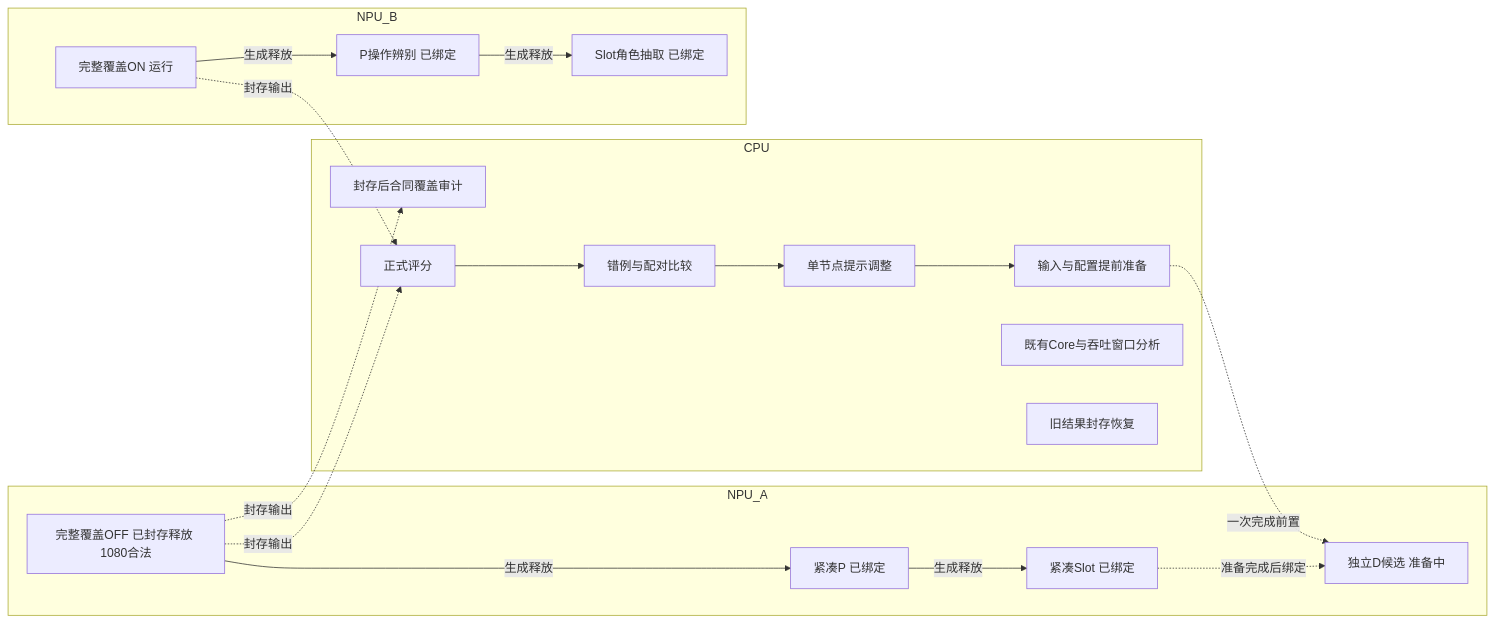
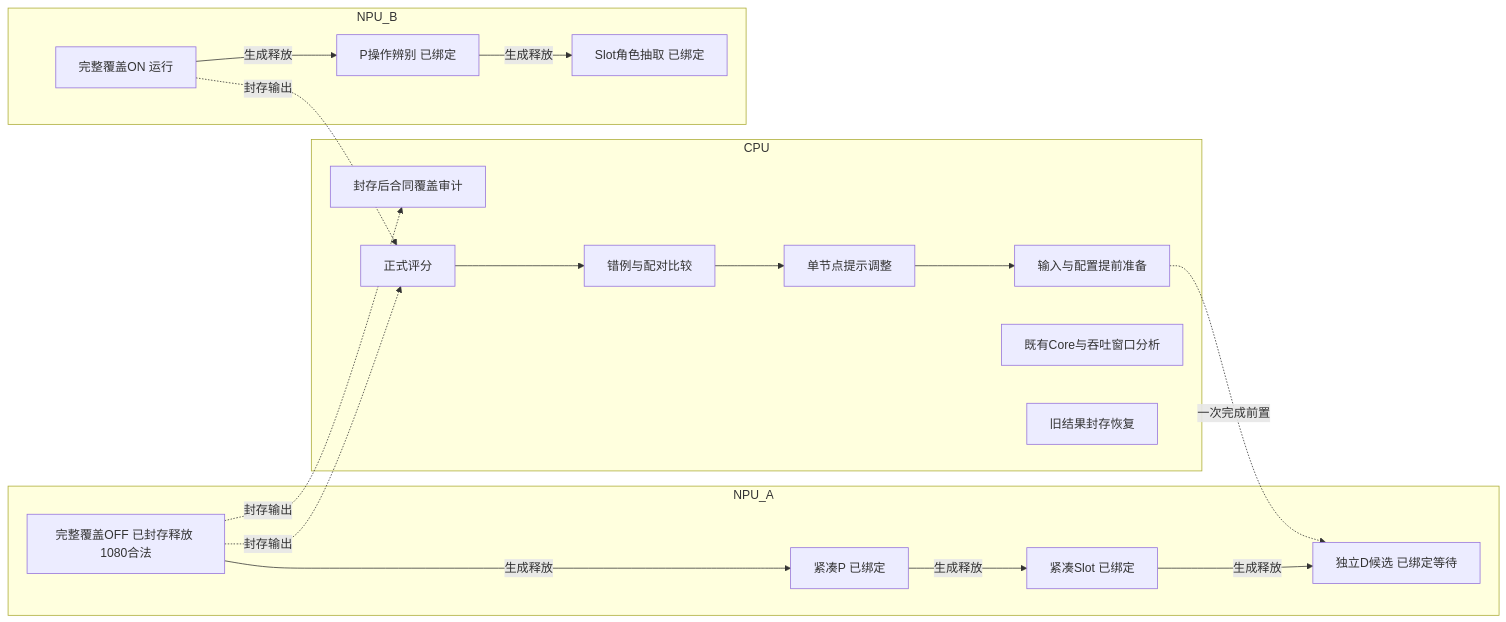
One commit to chaosxingxc-orion/omni changed the diagram in wiki/TFRL-Execution-DAG.md. Above: the diagram before and after it, drawn with Mermaid. The commit also changed other lines of this file and 2 other files, not shown here.

Commit message:
docs: arm isolated Decision successor and verify compact P inference

````diff
--- a/wiki/TFRL-Execution-DAG.md
+++ b/wiki/TFRL-Execution-DAG.md
@@ -39,24 +39,24 @@
 ```mermaid
 flowchart LR
   subgraph CPU
     Prep[输入与配置提前准备]
     Audit[封存后合同覆盖审计]
     Score[正式评分] --> Compare[错例与配对比较]
     Compare --> Tune[单节点提示调整] --> Prep
     Efficiency[既有Core与吞吐窗口分析]
     Recover[旧结果封存恢复]
   end
   subgraph NPU_A
     A[完整覆盖OFF 已封存释放 1080合法] -->|生成释放| CP[紧凑P 已绑定]
     CP -->|生成释放| CS[紧凑Slot 已绑定]
-    CS -.准备完成后绑定.-> D[独立D候选 准备中]
+    CS -->|生成释放| D[独立D候选 已绑定等待]
   end
   subgraph NPU_B
     B[完整覆盖ON 运行] -->|生成释放| P[P操作辨别 已绑定]
     P -->|生成释放| S[Slot角色抽取 已绑定]
   end
   A -.封存输出.-> Audit
   A -.封存输出.-> Score
   B -.封存输出.-> Score
   Prep -.一次完成前置.-> D
 ```
````
